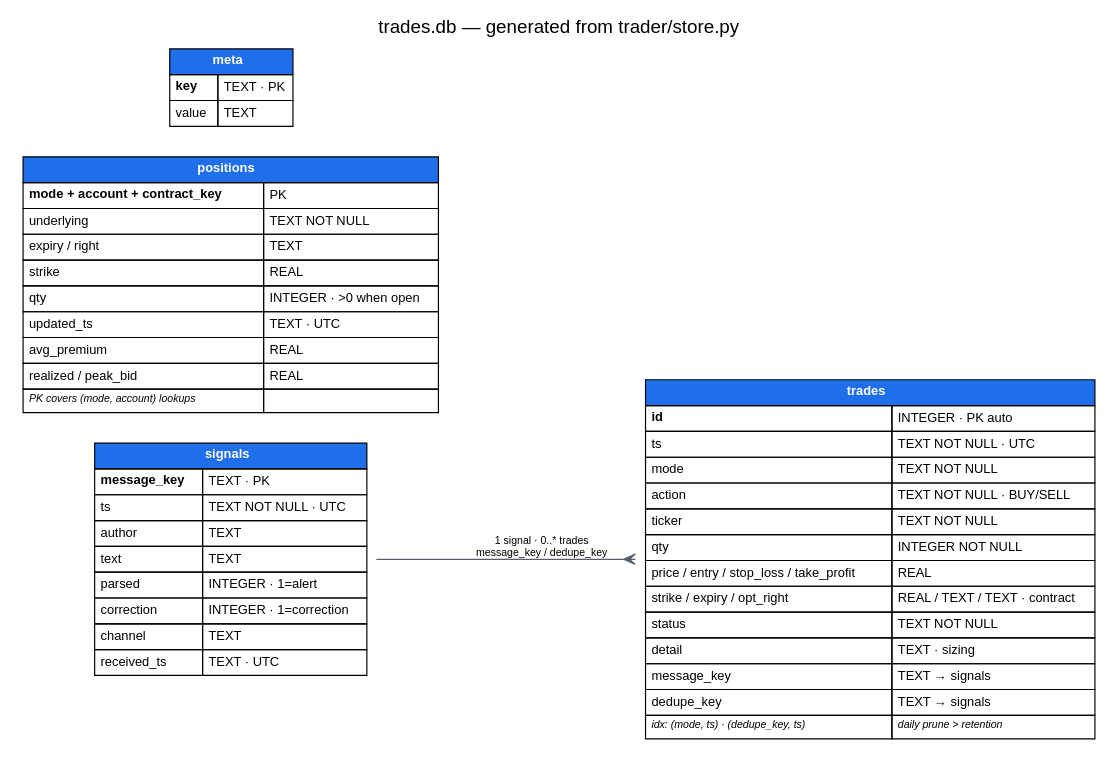
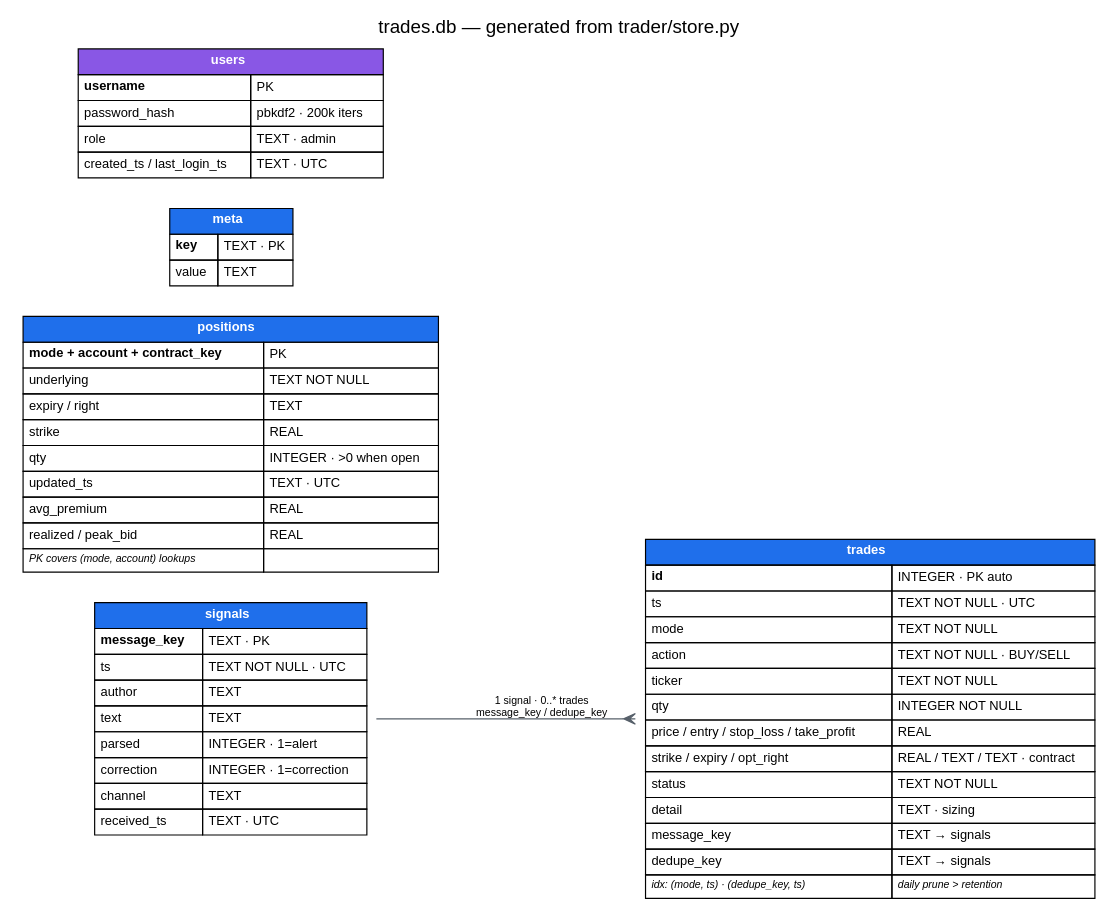
The diagram in docs/db_schema.dot (siicosmos/ws-trade-bot), drawn with Graphviz before and after one commit. The commit also changed 8 other files, not shown here.

```diff
--- a/docs/db_schema.dot
+++ b/docs/db_schema.dot
@@ -1,63 +1,72 @@
 // ws-trade-bot trades.db schema - render with:
 //   dot -Tpng -o docs/db_schema.png docs/db_schema.dot
 digraph db_schema {
   rankdir=LR;
   graph [fontname="Helvetica", label="trades.db — generated from trader/store.py", labelloc=t, fontsize=16];
   node [shape=plaintext, fontname="Helvetica", fontsize=11];
   edge [color="#57606a", fontname="Helvetica", fontsize=9];
 
   signals [label=<
     <TABLE BORDER="0" CELLBORDER="1" CELLSPACING="0" CELLPADDING="4" BGCOLOR="white">
       <TR><TD BGCOLOR="#1f6feb" COLSPAN="2"><FONT COLOR="white"><B>signals</B></FONT></TD></TR>
       <TR><TD ALIGN="LEFT"><B>message_key</B></TD><TD ALIGN="LEFT">TEXT · PK</TD></TR>
       <TR><TD ALIGN="LEFT">ts</TD><TD ALIGN="LEFT">TEXT NOT NULL · UTC</TD></TR>
       <TR><TD ALIGN="LEFT">author</TD><TD ALIGN="LEFT">TEXT</TD></TR>
       <TR><TD ALIGN="LEFT">text</TD><TD ALIGN="LEFT">TEXT</TD></TR>
       <TR><TD ALIGN="LEFT">parsed</TD><TD ALIGN="LEFT">INTEGER · 1=alert</TD></TR>
       <TR><TD ALIGN="LEFT">correction</TD><TD ALIGN="LEFT">INTEGER · 1=correction</TD></TR>
       <TR><TD ALIGN="LEFT">channel</TD><TD ALIGN="LEFT">TEXT</TD></TR>
       <TR><TD ALIGN="LEFT">received_ts</TD><TD ALIGN="LEFT">TEXT · UTC</TD></TR>
     </TABLE>>];
 
   trades [label=<
     <TABLE BORDER="0" CELLBORDER="1" CELLSPACING="0" CELLPADDING="4" BGCOLOR="white">
       <TR><TD BGCOLOR="#1f6feb" COLSPAN="2"><FONT COLOR="white"><B>trades</B></FONT></TD></TR>
       <TR><TD ALIGN="LEFT"><B>id</B></TD><TD ALIGN="LEFT">INTEGER · PK auto</TD></TR>
       <TR><TD ALIGN="LEFT">ts</TD><TD ALIGN="LEFT">TEXT NOT NULL · UTC</TD></TR>
       <TR><TD ALIGN="LEFT">mode</TD><TD ALIGN="LEFT">TEXT NOT NULL</TD></TR>
       <TR><TD ALIGN="LEFT">action</TD><TD ALIGN="LEFT">TEXT NOT NULL · BUY/SELL</TD></TR>
       <TR><TD ALIGN="LEFT">ticker</TD><TD ALIGN="LEFT">TEXT NOT NULL</TD></TR>
       <TR><TD ALIGN="LEFT">qty</TD><TD ALIGN="LEFT">INTEGER NOT NULL</TD></TR>
       <TR><TD ALIGN="LEFT">price / entry / stop_loss / take_profit</TD><TD ALIGN="LEFT">REAL</TD></TR>
       <TR><TD ALIGN="LEFT">strike / expiry / opt_right</TD><TD ALIGN="LEFT">REAL / TEXT / TEXT · contract</TD></TR>
       <TR><TD ALIGN="LEFT">status</TD><TD ALIGN="LEFT">TEXT NOT NULL</TD></TR>
       <TR><TD ALIGN="LEFT">detail</TD><TD ALIGN="LEFT">TEXT · sizing</TD></TR>
       <TR><TD ALIGN="LEFT">message_key</TD><TD ALIGN="LEFT">TEXT → signals</TD></TR>
       <TR><TD ALIGN="LEFT">dedupe_key</TD><TD ALIGN="LEFT">TEXT → signals</TD></TR>
       <TR><TD ALIGN="LEFT"><FONT POINT-SIZE="9"><I>idx: (mode, ts) · (dedupe_key, ts)</I></FONT></TD><TD ALIGN="LEFT"><FONT POINT-SIZE="9"><I>daily prune &gt; retention</I></FONT></TD></TR>
     </TABLE>>];
 
   positions [label=<
     <TABLE BORDER="0" CELLBORDER="1" CELLSPACING="0" CELLPADDING="4" BGCOLOR="white">
       <TR><TD BGCOLOR="#1f6feb" COLSPAN="2"><FONT COLOR="white"><B>positions</B></FONT></TD></TR>
       <TR><TD ALIGN="LEFT"><B>mode + account + contract_key</B></TD><TD ALIGN="LEFT">PK</TD></TR>
       <TR><TD ALIGN="LEFT">underlying</TD><TD ALIGN="LEFT">TEXT NOT NULL</TD></TR>
       <TR><TD ALIGN="LEFT">expiry / right</TD><TD ALIGN="LEFT">TEXT</TD></TR>
       <TR><TD ALIGN="LEFT">strike</TD><TD ALIGN="LEFT">REAL</TD></TR>
       <TR><TD ALIGN="LEFT">qty</TD><TD ALIGN="LEFT">INTEGER · &gt;0 when open</TD></TR>
       <TR><TD ALIGN="LEFT">updated_ts</TD><TD ALIGN="LEFT">TEXT · UTC</TD></TR>
       <TR><TD ALIGN="LEFT">avg_premium</TD><TD ALIGN="LEFT">REAL</TD></TR>
       <TR><TD ALIGN="LEFT">realized / peak_bid</TD><TD ALIGN="LEFT">REAL</TD></TR>
       <TR><TD ALIGN="LEFT"><FONT POINT-SIZE="9"><I>PK covers (mode, account) lookups</I></FONT></TD><TD ALIGN="LEFT"></TD></TR>
     </TABLE>>];
 
   meta [label=<
     <TABLE BORDER="0" CELLBORDER="1" CELLSPACING="0" CELLPADDING="4" BGCOLOR="white">
       <TR><TD BGCOLOR="#1f6feb" COLSPAN="2"><FONT COLOR="white"><B>meta</B></FONT></TD></TR>
       <TR><TD ALIGN="LEFT"><B>key</B></TD><TD ALIGN="LEFT">TEXT · PK</TD></TR>
       <TR><TD ALIGN="LEFT">value</TD><TD ALIGN="LEFT">TEXT</TD></TR>
     </TABLE>>];
 
+  users [label=<
+    <TABLE BORDER="0" CELLBORDER="1" CELLSPACING="0" CELLPADDING="4" BGCOLOR="white">
+      <TR><TD BGCOLOR="#8957e5" COLSPAN="2"><FONT COLOR="white"><B>users</B></FONT></TD></TR>
+      <TR><TD ALIGN="LEFT"><B>username</B></TD><TD ALIGN="LEFT">PK</TD></TR>
+      <TR><TD ALIGN="LEFT">password_hash</TD><TD ALIGN="LEFT">pbkdf2 · 200k iters</TD></TR>
+      <TR><TD ALIGN="LEFT">role</TD><TD ALIGN="LEFT">TEXT · admin</TD></TR>
+      <TR><TD ALIGN="LEFT">created_ts / last_login_ts</TD><TD ALIGN="LEFT">TEXT · UTC</TD></TR>
+    </TABLE>>];
+
   signals -> trades [arrowhead=crow, arrowtail=none, dir=both,
     label="1 signal · 0..* trades\nmessage_key / dedupe_key"];
 }
```
